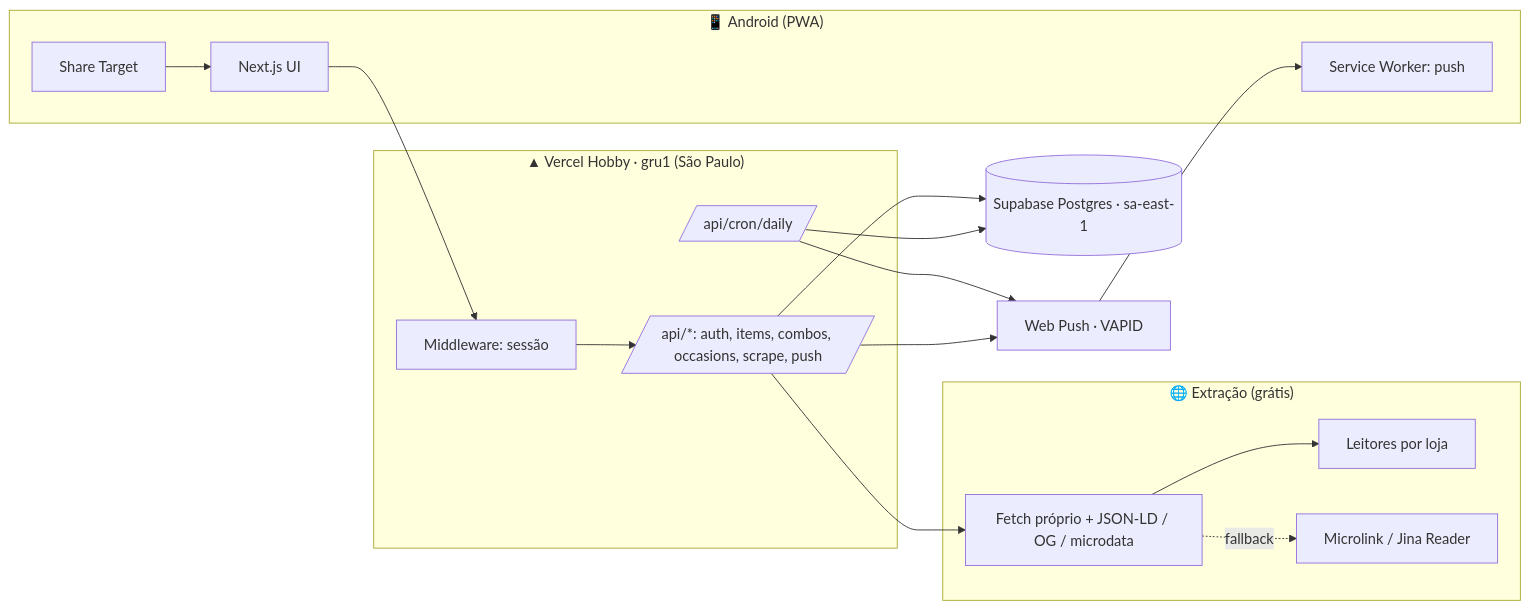
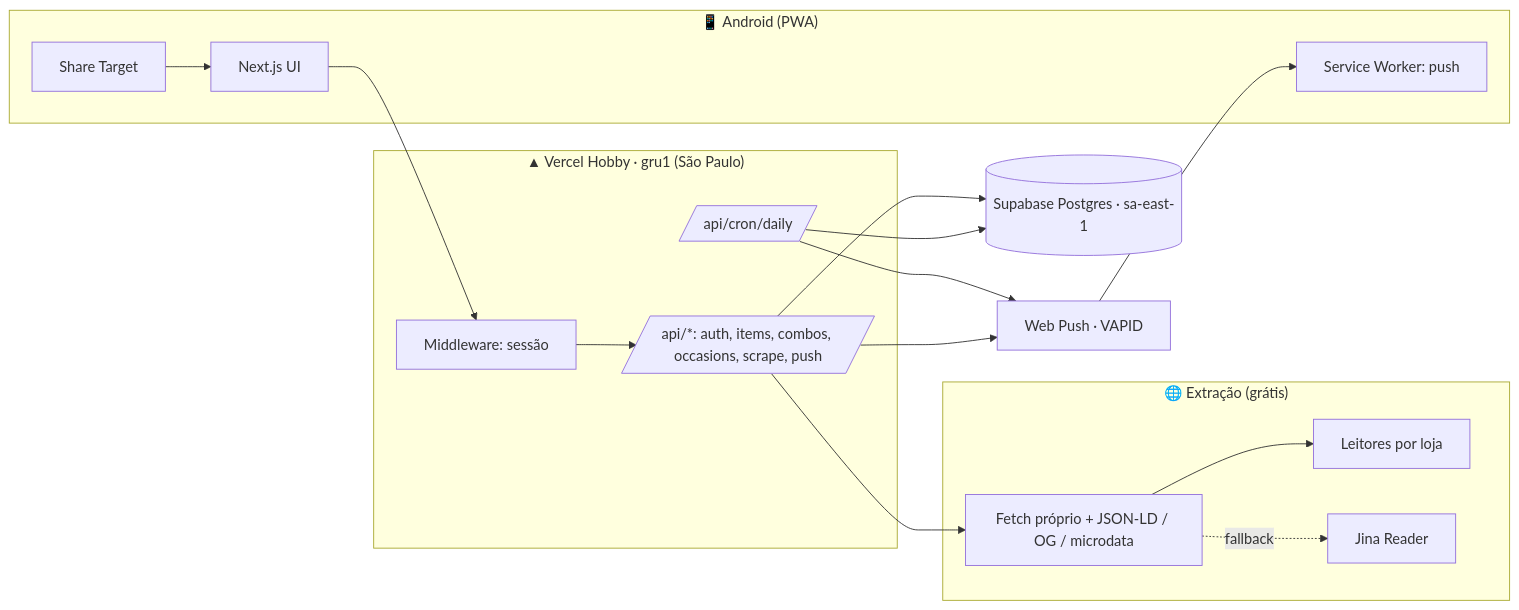
Before and after one commit to LauraPontara/love-wishlist: the first of 3 diagrams in docs/arquitetura.md, drawn with Mermaid. The commit also changed other lines of this file and 1 other file, not shown here.

Commit message:
docs: remove Microlink do pipeline na arquitetura e na ADR-008

````diff
--- a/docs/arquitetura.md
+++ b/docs/arquitetura.md
@@ -5,31 +5,31 @@
 ```mermaid
 flowchart LR
   subgraph Celular["📱 Android (PWA)"]
     UI[Next.js UI]
     Share[Share Target]
     SW[Service Worker: push]
   end
 
   subgraph Vercel["▲ Vercel Hobby · gru1 (São Paulo)"]
     MW[Middleware: sessão]
     API[/api/*: auth, items, combos, occasions, scrape, push/]
     Cron[/api/cron/daily/]
   end
 
   subgraph Extracao["🌐 Extração (grátis)"]
     Fetch[Fetch próprio + JSON-LD / OG / microdata]
     Adapters[Leitores por loja]
-    ML[Microlink / Jina Reader]
+    ML[Jina Reader]
   end
 
   DB[(Supabase Postgres · sa-east-1)]
   Push[Web Push · VAPID]
 
   Share --> UI --> MW --> API
   API --> DB
   API --> Fetch --> Adapters
   Fetch -. fallback .-> ML
   Cron --> DB
   Cron --> Push --> SW
   API --> Push
 ```
````
